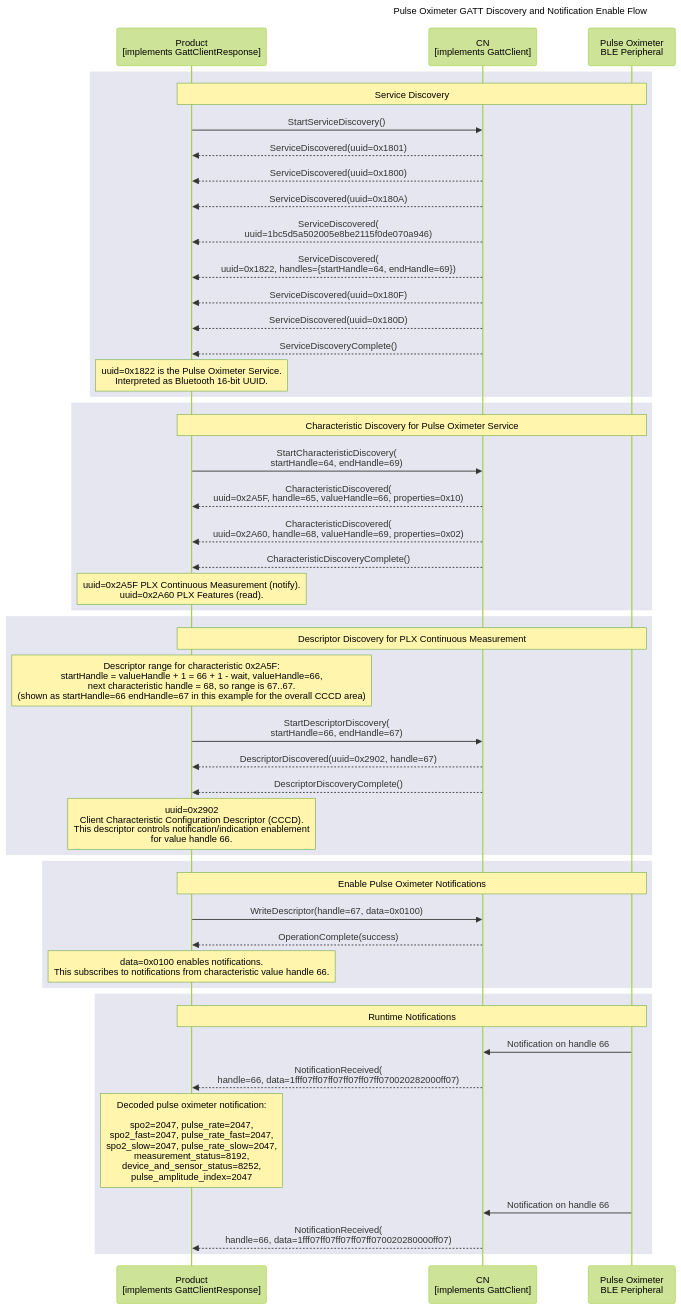
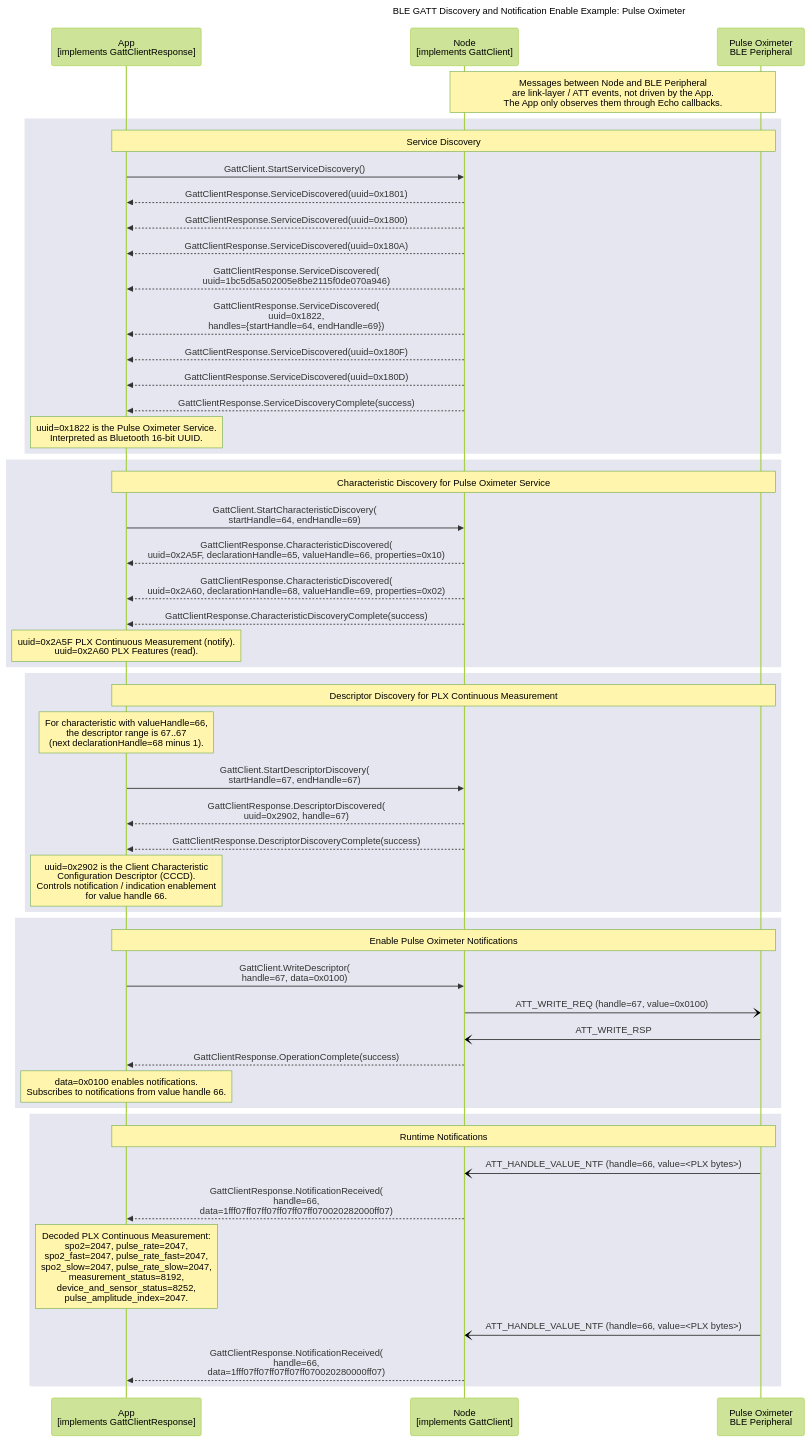
The diagram in documents/modules/ROOT/partials/echoservices/gatt_client/GattClient_DiscoveryFlowDetailed_sequence_example.mmd (philips-software/amp-embedded-infra-lib), drawn with Mermaid (forest theme) before and after one commit. The commit also changed 25 other files, not shown here.

Commit message:
align maturity with gap uml diagrams

```diff
--- a/documents/modules/ROOT/partials/echoservices/gatt_client/GattClient_DiscoveryFlowDetailed_sequence_example.mmd
+++ b/documents/modules/ROOT/partials/echoservices/gatt_client/GattClient_DiscoveryFlowDetailed_sequence_example.mmd
@@ -1,71 +1,69 @@
 sequenceDiagram
-    title Pulse Oximeter GATT Discovery and Notification Enable Flow
+    title BLE GATT Discovery and Notification Enable Example: Pulse Oximeter
 
-    participant Product as Product<br>[implements GattClientResponse]
-    participant CN as CN<br>[implements GattClient]
+    participant App as App<br>[implements GattClientResponse]
+    participant Node as Node<br>[implements GattClient]
     participant Peripheral as Pulse Oximeter<br>BLE Peripheral
 
+    Note over Node, Peripheral: Messages between Node and BLE Peripheral<br>are link-layer / ATT events, not driven by the App.<br>The App only observes them through Echo callbacks.
+
     rect rgb(230, 230, 240)
-        note over Product, Peripheral: Service Discovery
-        Product->>CN: StartServiceDiscovery()
+        note over App, Peripheral: Service Discovery
+        App->>Node: GattClient.StartServiceDiscovery()
 
-        CN-->>Product: ServiceDiscovered(uuid=0x1801)
-        CN-->>Product: ServiceDiscovered(uuid=0x1800)
-        CN-->>Product: ServiceDiscovered(uuid=0x180A)
-        CN-->>Product: ServiceDiscovered(<br>uuid=1bc5d5a502005e8be2115f0de070a946)
-        CN-->>Product: ServiceDiscovered(<br>uuid=0x1822, handles={startHandle=64, endHandle=69})
-        CN-->>Product: ServiceDiscovered(uuid=0x180F)
-        CN-->>Product: ServiceDiscovered(uuid=0x180D)
+        Node-->>App: GattClientResponse.ServiceDiscovered(uuid=0x1801)
+        Node-->>App: GattClientResponse.ServiceDiscovered(uuid=0x1800)
+        Node-->>App: GattClientResponse.ServiceDiscovered(uuid=0x180A)
+        Node-->>App: GattClientResponse.ServiceDiscovered(<br>uuid=1bc5d5a502005e8be2115f0de070a946)
+        Node-->>App: GattClientResponse.ServiceDiscovered(<br>uuid=0x1822,<br>handles={startHandle=64, endHandle=69})
+        Node-->>App: GattClientResponse.ServiceDiscovered(uuid=0x180F)
+        Node-->>App: GattClientResponse.ServiceDiscovered(uuid=0x180D)
+        Node-->>App: GattClientResponse.ServiceDiscoveryComplete(success)
 
-        CN-->>Product: ServiceDiscoveryComplete()
-
-        note over Product: uuid=0x1822 is the Pulse Oximeter Service.<br>Interpreted as Bluetooth 16-bit UUID.
+        note over App: uuid=0x1822 is the Pulse Oximeter Service.<br>Interpreted as Bluetooth 16-bit UUID.
     end
 
     rect rgb(230, 230, 240)
-        note over Product, Peripheral: Characteristic Discovery for Pulse Oximeter Service
-        Product->>CN: StartCharacteristicDiscovery(<br>startHandle=64, endHandle=69)
+        note over App, Peripheral: Characteristic Discovery for Pulse Oximeter Service
+        App->>Node: GattClient.StartCharacteristicDiscovery(<br>startHandle=64, endHandle=69)
 
-        CN-->>Product: CharacteristicDiscovered(<br>uuid=0x2A5F, handle=65, valueHandle=66, properties=0x10)
+        Node-->>App: GattClientResponse.CharacteristicDiscovered(<br>uuid=0x2A5F, declarationHandle=65, valueHandle=66, properties=0x10)
+        Node-->>App: GattClientResponse.CharacteristicDiscovered(<br>uuid=0x2A60, declarationHandle=68, valueHandle=69, properties=0x02)
+        Node-->>App: GattClientResponse.CharacteristicDiscoveryComplete(success)
 
-        CN-->>Product: CharacteristicDiscovered(<br>uuid=0x2A60, handle=68, valueHandle=69, properties=0x02)
-
-        CN-->>Product: CharacteristicDiscoveryComplete()
-
-        note over Product: uuid=0x2A5F PLX Continuous Measurement (notify).<br>uuid=0x2A60 PLX Features (read).
+        note over App: uuid=0x2A5F PLX Continuous Measurement (notify).<br>uuid=0x2A60 PLX Features (read).
     end
 
     rect rgb(230, 230, 240)
-        note over Product, Peripheral: Descriptor Discovery for PLX Continuous Measurement
+        note over App, Peripheral: Descriptor Discovery for PLX Continuous Measurement
 
-        note over Product: Descriptor range for characteristic 0x2A5F:<br>startHandle = valueHandle + 1 = 66 + 1 - wait, valueHandle=66,<br>next characteristic handle = 68, so range is 67..67.<br>(shown as startHandle=66 endHandle=67 in this example for the overall CCCD area)
+        note over App: For characteristic with valueHandle=66,<br>the descriptor range is 67..67<br>(next declarationHandle=68 minus 1).
 
-        Product->>CN: StartDescriptorDiscovery(<br>startHandle=66, endHandle=67)
+        App->>Node: GattClient.StartDescriptorDiscovery(<br>startHandle=67, endHandle=67)
 
-        CN-->>Product: DescriptorDiscovered(uuid=0x2902, handle=67)
+        Node-->>App: GattClientResponse.DescriptorDiscovered(<br>uuid=0x2902, handle=67)
+        Node-->>App: GattClientResponse.DescriptorDiscoveryComplete(success)
 
-        CN-->>Product: DescriptorDiscoveryComplete()
-
-        note over Product: uuid=0x2902<br>Client Characteristic Configuration Descriptor (CCCD).<br>This descriptor controls notification/indication enablement<br>for value handle 66.
+        note over App: uuid=0x2902 is the Client Characteristic<br>Configuration Descriptor (CCCD).<br>Controls notification / indication enablement<br>for value handle 66.
     end
 
     rect rgb(230, 230, 240)
-        note over Product, Peripheral: Enable Pulse Oximeter Notifications
-        Product->>CN: WriteDescriptor(handle=67, data=0x0100)
+        note over App, Peripheral: Enable Pulse Oximeter Notifications
+        App->>Node: GattClient.WriteDescriptor(<br>handle=67, data=0x0100)
+        Node-)Peripheral: ATT_WRITE_REQ (handle=67, value=0x0100)
+        Peripheral-)Node: ATT_WRITE_RSP
+        Node-->>App: GattClientResponse.OperationComplete(success)
 
-        CN-->>Product: OperationComplete(success)
-
-        note over Product: data=0x0100 enables notifications.<br>This subscribes to notifications from characteristic value handle 66.
+        note over App: data=0x0100 enables notifications.<br>Subscribes to notifications from value handle 66.
     end
 
     rect rgb(230, 230, 240)
-        note over Product, Peripheral: Runtime Notifications
+        note over App, Peripheral: Runtime Notifications
+        Peripheral-)Node: ATT_HANDLE_VALUE_NTF (handle=66, value=<PLX bytes>)
+        Node-->>App: GattClientResponse.NotificationReceived(<br>handle=66,<br>data=1fff07ff07ff07ff07ff07ff070020282000ff07)
 
-        Peripheral->>CN: Notification on handle 66
-        CN-->>Product: NotificationReceived(<br>handle=66, data=1fff07ff07ff07ff07ff07ff070020282000ff07)
+        note over App: Decoded PLX Continuous Measurement:<br>spo2=2047, pulse_rate=2047,<br>spo2_fast=2047, pulse_rate_fast=2047,<br>spo2_slow=2047, pulse_rate_slow=2047,<br>measurement_status=8192,<br>device_and_sensor_status=8252,<br>pulse_amplitude_index=2047.
 
-        note over Product: Decoded pulse oximeter notification:<br><br>spo2=2047, pulse_rate=2047,<br>spo2_fast=2047, pulse_rate_fast=2047,<br>spo2_slow=2047, pulse_rate_slow=2047,<br>measurement_status=8192,<br>device_and_sensor_status=8252,<br>pulse_amplitude_index=2047
-
-        Peripheral->>CN: Notification on handle 66
-        CN-->>Product: NotificationReceived(<br>handle=66, data=1fff07ff07ff07ff07ff070020280000ff07)
+        Peripheral-)Node: ATT_HANDLE_VALUE_NTF (handle=66, value=<PLX bytes>)
+        Node-->>App: GattClientResponse.NotificationReceived(<br>handle=66,<br>data=1fff07ff07ff07ff07ff070020280000ff07)
     end
```
